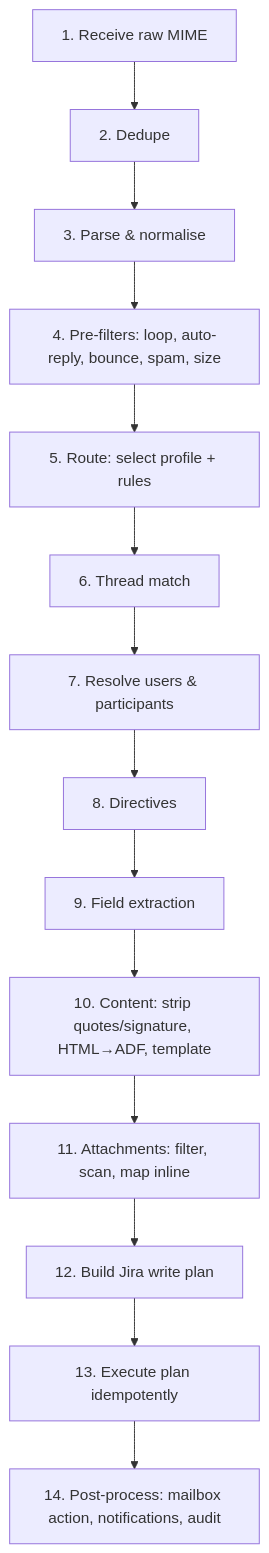
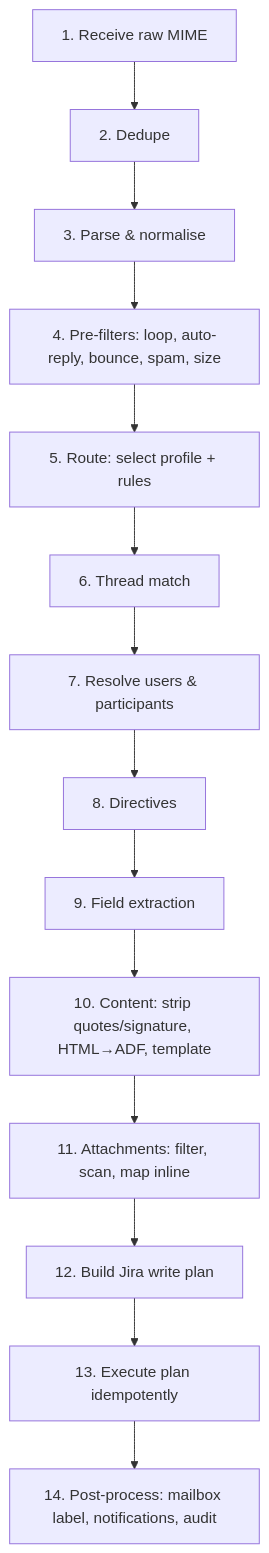
Before and after one commit to papileks/papileks.github.io: the second of 2 diagrams in _specs/jira-mail-handler/SPEC.md, drawn with Mermaid. The commit also changed other lines of this file, not shown here.

````diff
--- a/_specs/jira-mail-handler/SPEC.md
+++ b/_specs/jira-mail-handler/SPEC.md
@@ -326,16 +359,16 @@
 ```mermaid
 flowchart TD
   R[1. Receive raw MIME] --> D[2. Dedupe]
   D --> PA[3. Parse & normalise]
   PA --> PF[4. Pre-filters: loop, auto-reply, bounce, spam, size]
   PF --> RT[5. Route: select profile + rules]
   RT --> TH[6. Thread match]
   TH --> US[7. Resolve users & participants]
   US --> DI[8. Directives]
   DI --> FX[9. Field extraction]
   FX --> CT[10. Content: strip quotes/signature, HTML→ADF, template]
   CT --> AT[11. Attachments: filter, scan, map inline]
   AT --> PL[12. Build Jira write plan]
   PL --> EX[13. Execute plan idempotently]
-  EX --> PP[14. Post-process: mailbox action, notifications, audit]
+  EX --> PP[14. Post-process: mailbox label, notifications, audit]
 ```
````
